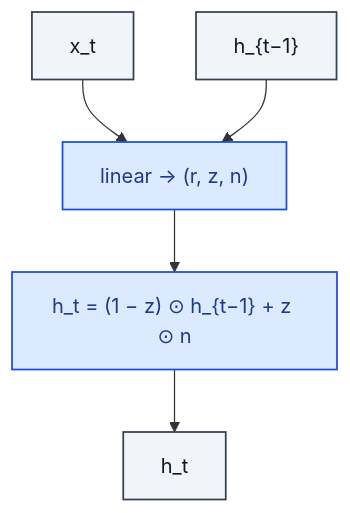
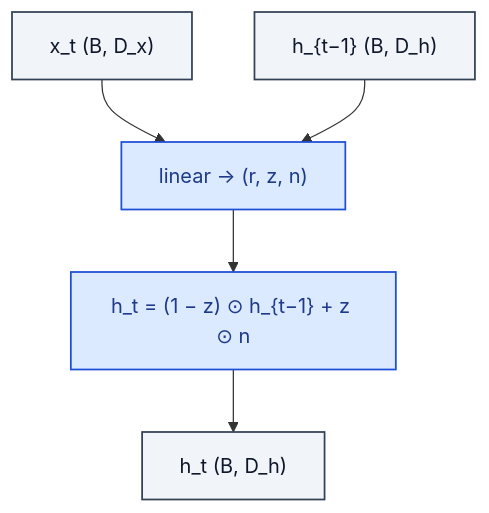
Before and after one commit to RealityShifts/Srivastava-book-of-Blocks-diagrams: the diagram in sequence/GRUCell.md, drawn with Mermaid. The commit also changed 123 other files, not shown here.

````diff
--- a/sequence/GRUCell.md
+++ b/sequence/GRUCell.md
@@ -7,21 +7,22 @@
 ```mermaid
 flowchart TD
-    n0_0["x_t"]:::io
-    n0_1["h_{t−1}"]:::io
+    n0_0["x_t  (B, D_x)"]:::io
+    n0_1["h_{t−1}  (B, D_h)"]:::io
     n1_0["linear → (r, z, n)"]:::op
     n2_0["h_t = (1 − z) ⊙ h_{t−1} + z ⊙ n"]:::op
-    n3_0["h_t"]:::io
+    n3_0["h_t  (B, D_h)"]:::io
     n0_0 --> n1_0
     n0_1 --> n1_0
     n1_0 --> n2_0
     n2_0 --> n3_0
     classDef io fill:#f1f5f9,stroke:#334155,stroke-width:1.4px,color:#0f172a
     classDef op fill:#dbeafe,stroke:#1d4ed8,stroke-width:1.4px,color:#1e3a8a
     classDef norm fill:#dcfce7,stroke:#15803d,stroke-width:1.4px,color:#14532d
     classDef act fill:#ffedd5,stroke:#c2410c,stroke-width:1.4px,color:#7c2d12
     classDef attn fill:#ede9fe,stroke:#6d28d9,stroke-width:1.4px,color:#4c1d95
     classDef merge fill:#fef3c7,stroke:#b45309,stroke-width:1.4px,color:#78350f
     classDef emb fill:#fef9c3,stroke:#a16207,stroke-width:1.4px,color:#713f12
     classDef loss fill:#fee2e2,stroke:#b91c1c,stroke-width:1.4px,color:#7f1d1d
     classDef ctrl fill:#f5f5f4,stroke:#52525b,stroke-width:1.4px,color:#27272a
+    classDef ref fill:#e0f2fe,stroke:#0369a1,stroke-width:2px,color:#0c4a6e,stroke-dasharray: 4 2
 ```
````
